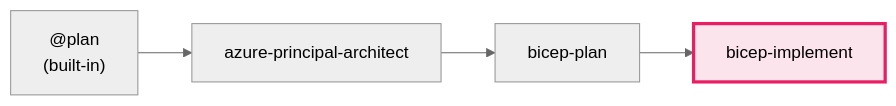
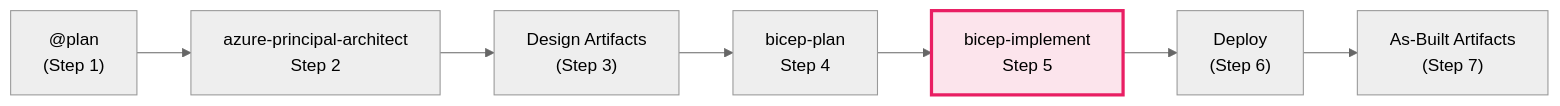
The diagram in .github/agents/bicep-implement.agent.md (jonathan-vella/apex-accelerator), drawn with Mermaid before and after one commit. The commit also changed other lines of this file and 213 other files, not shown here.

````diff
--- a/.github/agents/bicep-implement.agent.md
+++ b/.github/agents/bicep-implement.agent.md
@@ -594,8 +605,11 @@
 ```mermaid
 %%{init: {'theme':'neutral'}}%%
 graph LR
-    P["@plan<br/>(built-in)"] --> A[azure-principal-architect]
-    A --> B[bicep-plan]
-    B --> I[bicep-implement]
+    P["@plan<br/>(Step 1)"] --> A[azure-principal-architect<br/>Step 2]
+    A --> D["Design Artifacts<br/>(Step 3)"]
+    D --> B[bicep-plan<br/>Step 4]
+    B --> I[bicep-implement<br/>Step 5]
+    I --> DEP["Deploy<br/>(Step 6)"]
+    DEP --> F["As-Built Artifacts<br/>(Step 7)"]
     style I fill:#fce4ec,stroke:#e91e63,stroke-width:3px
 ```
````
